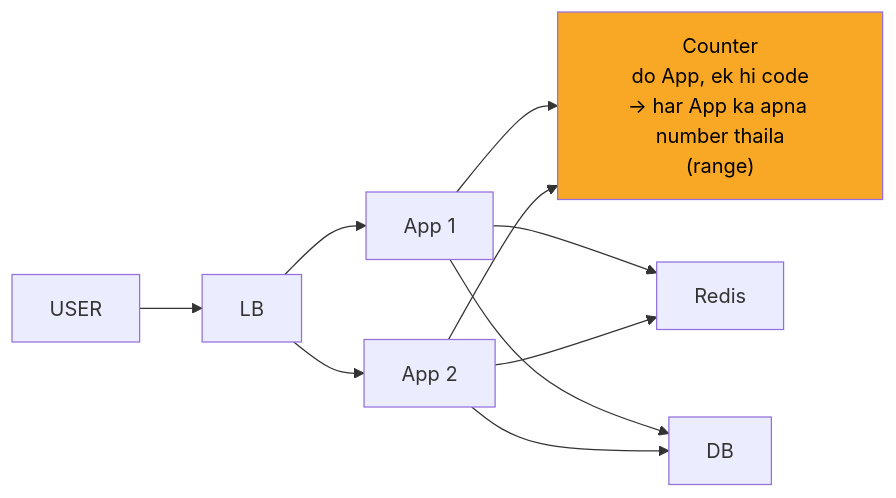
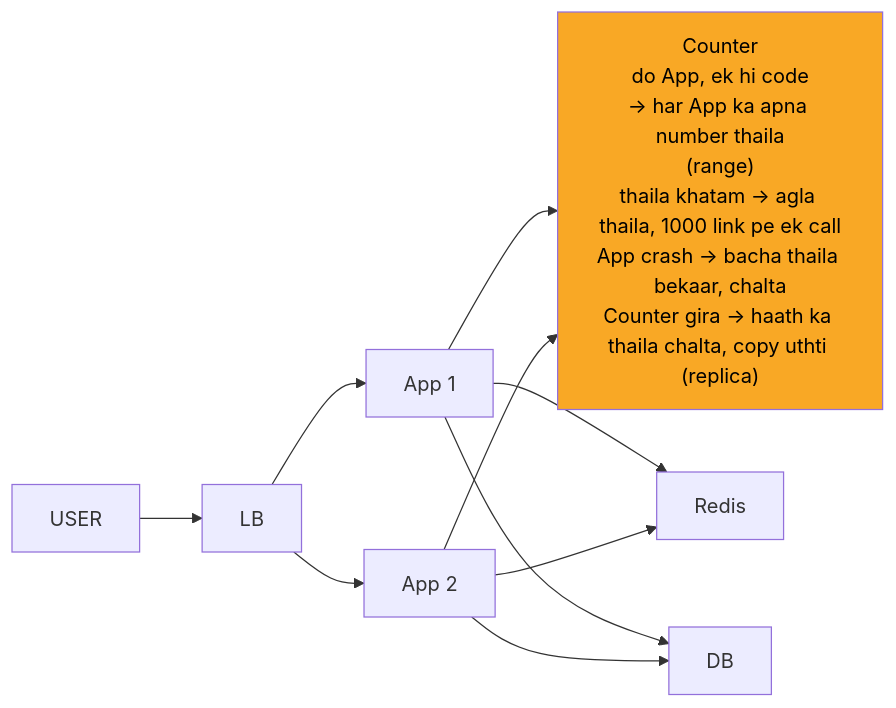
Before and after one commit to ArpanMaheshwari144/Prep: the fourth of 10 diagrams in 04_HLD/SYSTEM_DESIGNS/01_url_shortener/01_url_shortener.md, drawn with Mermaid. The commit also changed other lines of this file, not shown here.

Commit message:
url shortener: peele dabbe me SAFAR ke mod (diagram padhte hi sab mile)

````diff
--- a/04_HLD/SYSTEM_DESIGNS/01_url_shortener/01_url_shortener.md
+++ b/04_HLD/SYSTEM_DESIGNS/01_url_shortener/01_url_shortener.md
@@ -185,20 +185,20 @@
 ```mermaid
 flowchart LR
     n_USER["USER"]
     n_LB["LB"]
     n_App_x_N_1["App 1"]
     n_App_x_N_2["App 2"]
-    n_Counter["Counter<br/>do App, ek hi code<br/>-> har App ka apna number thaila<br/>(range)"]
+    n_Counter["Counter<br/>do App, ek hi code<br/>-> har App ka apna number thaila<br/>(range)<br/>thaila khatam -> agla thaila, 1000 link pe ek call<br/>App crash -> bacha thaila bekaar, chalta<br/>Counter gira -> haath ka thaila chalta, copy uthti (replica)"]
     n_Redis["Redis"]
     n_DB["DB"]
     n_USER --> n_LB
     n_LB --> n_App_x_N_1
     n_LB --> n_App_x_N_2
     n_App_x_N_1 --> n_Counter
     n_App_x_N_2 --> n_Counter
     n_App_x_N_1 --> n_Redis
     n_App_x_N_2 --> n_Redis
     n_App_x_N_1 --> n_DB
     n_App_x_N_2 --> n_DB
     style n_Counter fill:#f9a825,color:#000
 ```
````
